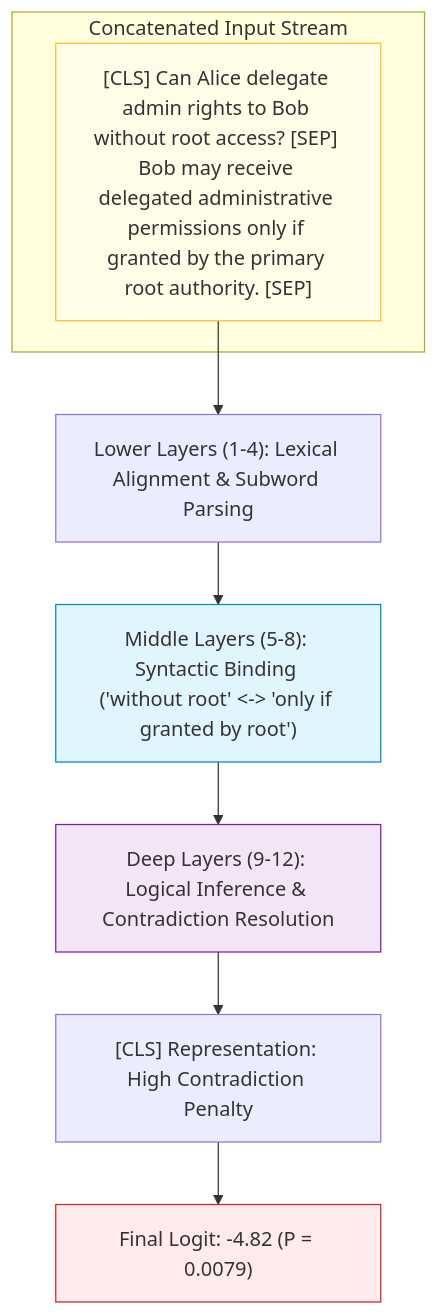
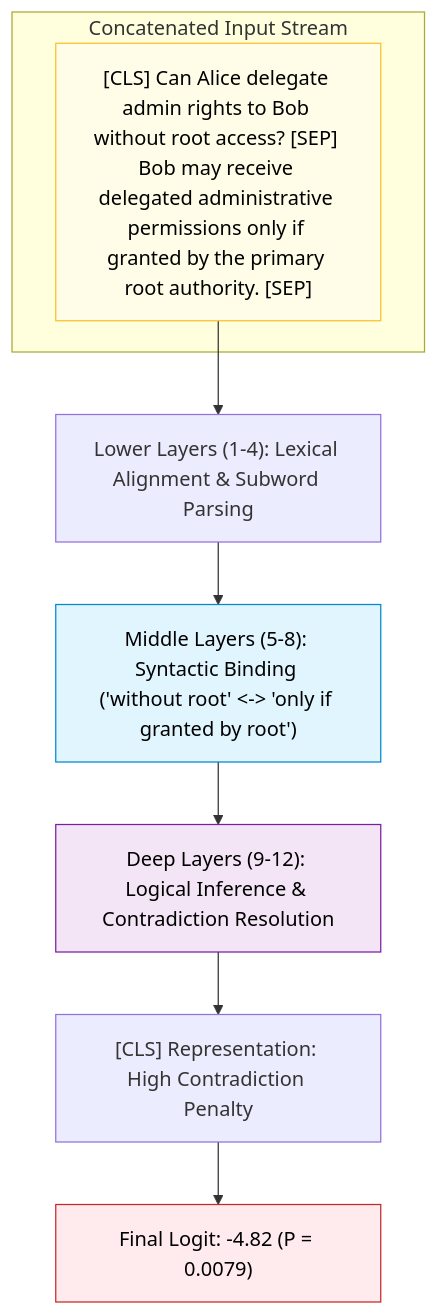
One commit to swapnil3104/RAG-Engineering changed the first of 3 diagrams in 06-Advanced-RAG/Cross-Encoder-Reranking.md. Above: the diagram before and after it, drawn with Mermaid. The commit also changed other lines of this file and 108 other files, not shown here.

Commit message:
fix: make chart text visible across all Mermaid diagrams and resolve markdown table formatting issues

````diff
--- a/06-Advanced-RAG/Cross-Encoder-Reranking.md
+++ b/06-Advanced-RAG/Cross-Encoder-Reranking.md
@@ -122,18 +122,18 @@
 ```mermaid
 flowchart TD
     subgraph QueryDocPair ["Concatenated Input Stream"]
         InputTokens["[CLS] Can Alice delegate admin rights to Bob without root access? [SEP] Bob may receive delegated administrative permissions only if granted by the primary root authority. [SEP]"]
     end
 
     InputTokens --> Layer1["Lower Layers (1-4): Lexical Alignment & Subword Parsing"]
     Layer1 --> Layer2["Middle Layers (5-8): Syntactic Binding ('without root' <-> 'only if granted by root')"]
     Layer2 --> Layer3["Deep Layers (9-12): Logical Inference & Contradiction Resolution"]
     
     Layer3 --> ScoreHead["[CLS] Representation: High Contradiction Penalty"]
     ScoreHead --> Logit["Final Logit: -4.82 (P = 0.0079)"]
 
-    style InputTokens fill:#fffde7,stroke:#fbc02d,stroke-width:1px
-    style Layer2 fill:#e1f5fe,stroke:#0288d1,stroke-width:1px
-    style Layer3 fill:#f3e5f5,stroke:#7b1fa2,stroke-width:1px
-    style Logit fill:#ffebee,stroke:#c62828,stroke-width:1px
+    style InputTokens fill:#fffde7,stroke:#fbc02d,stroke-width:1px,color:#000000
+    style Layer2 fill:#e1f5fe,stroke:#0288d1,stroke-width:1px,color:#000000
+    style Layer3 fill:#f3e5f5,stroke:#7b1fa2,stroke-width:1px,color:#000000
+    style Logit fill:#ffebee,stroke:#c62828,stroke-width:1px,color:#000000
 ```
````
